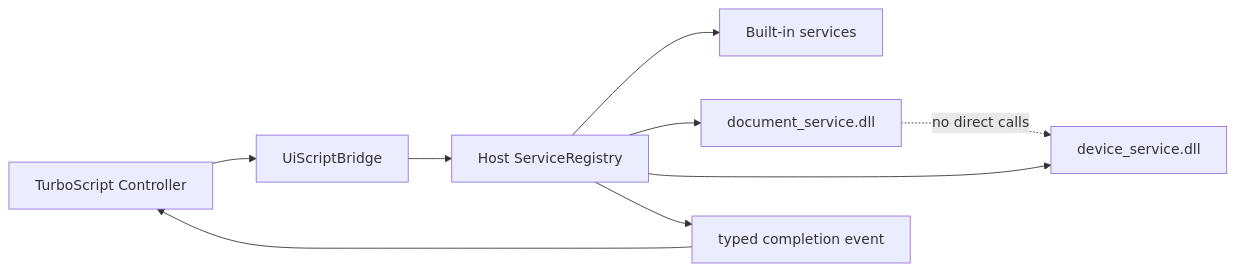
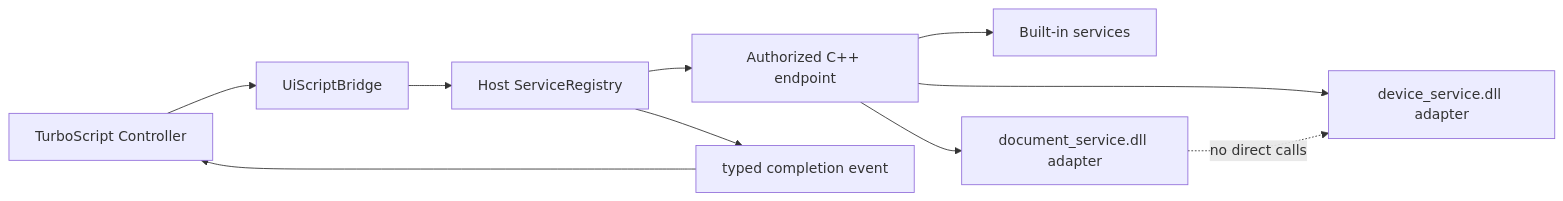
The fourth of 12 diagrams in flexUI/docs/FLEXUI_DESKTOP_DESIGN.md (qigao/stun), drawn with Mermaid before and after one commit. The commit also changed other lines of this file and 46 other files, not shown here.

Commit message:
feat(flexui): add service requests and native plugin host

````diff
--- a/flexUI/docs/FLEXUI_DESKTOP_DESIGN.md
+++ b/flexUI/docs/FLEXUI_DESKTOP_DESIGN.md
@@ -439,11 +440,12 @@
 ```mermaid
 flowchart LR
     Script[TurboScript Controller] --> Bridge[UiScriptBridge]
     Bridge --> Registry[Host ServiceRegistry]
-    Registry --> Builtin[Built-in services]
-    Registry --> PluginA[document_service.dll]
-    Registry --> PluginB[device_service.dll]
+    Registry --> Endpoint[Authorized C++ endpoint]
+    Endpoint --> Builtin[Built-in services]
+    Endpoint --> PluginA[document_service.dll adapter]
+    Endpoint --> PluginB[device_service.dll adapter]
     PluginA -. no direct calls .-> PluginB
     Registry --> Results[typed completion event]
     Results --> Script
 ```
````
